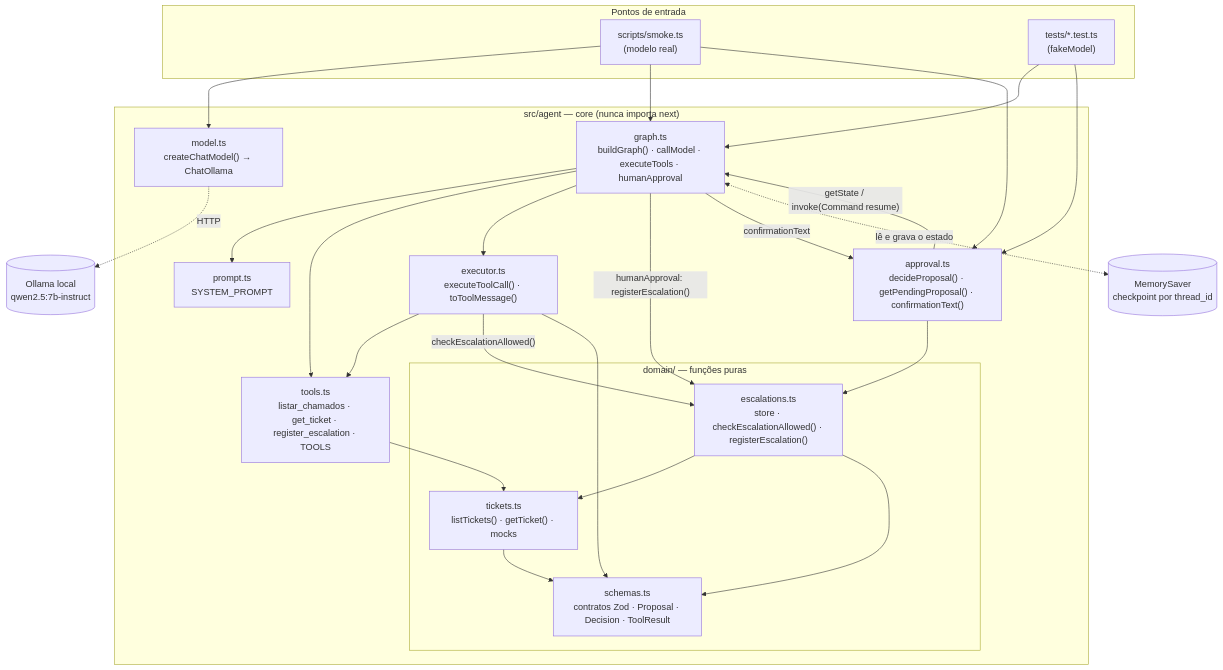
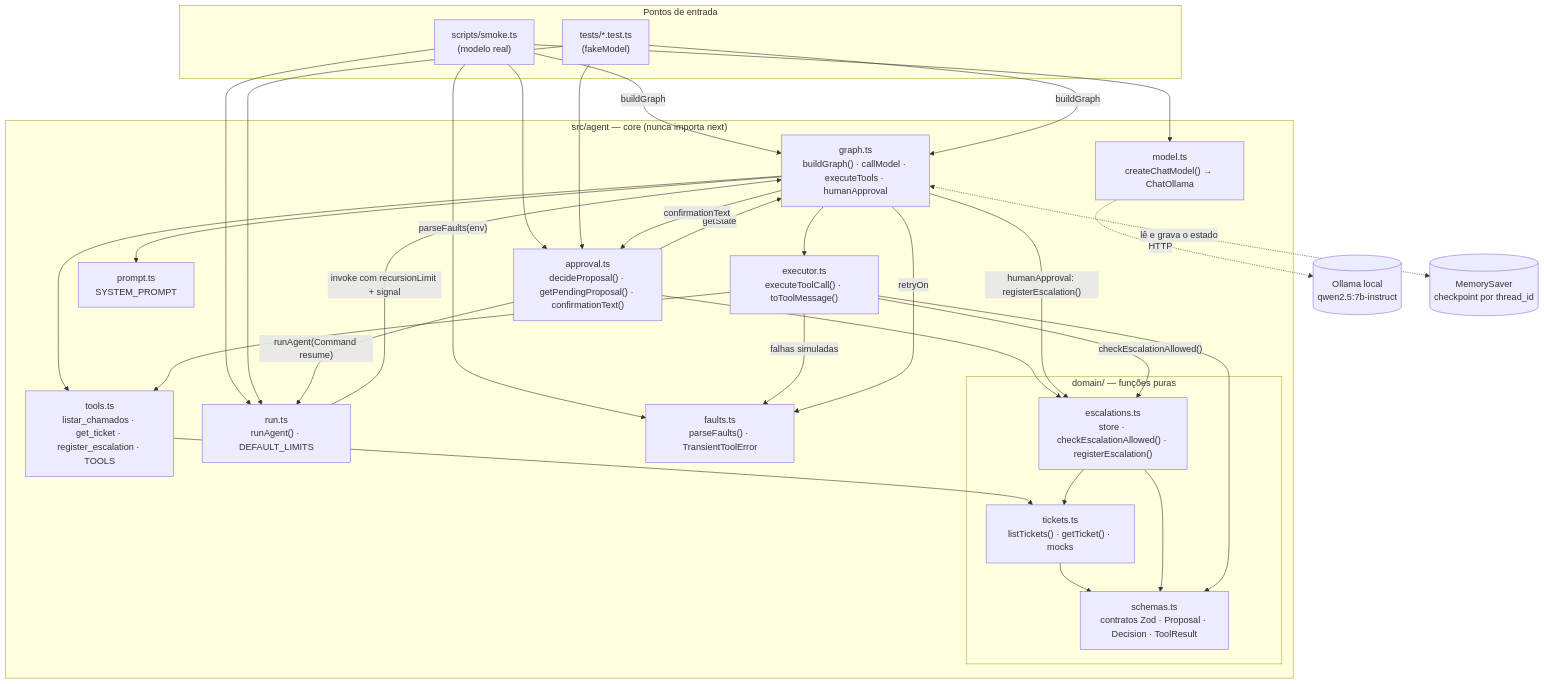
The first of 7 diagrams in docs/fluxo.md (gpmoura4/qwantyco-project), drawn with Mermaid before and after one commit. The commit also changed other lines of this file and 15 other files, not shown here.

````diff
--- a/docs/fluxo.md
+++ b/docs/fluxo.md
@@ -12,46 +12,55 @@
 ```mermaid
 flowchart TD
     subgraph Entrada["Pontos de entrada"]
         SMOKE["scripts/smoke.ts<br/>(modelo real)"]
         TEST["tests/*.test.ts<br/>(fakeModel)"]
     end
 
     subgraph Core["src/agent — core (nunca importa next)"]
         MODEL["model.ts<br/>createChatModel() → ChatOllama"]
+        RUN["run.ts<br/>runAgent() · DEFAULT_LIMITS"]
         APPROVAL["approval.ts<br/>decideProposal() · getPendingProposal() · confirmationText()"]
+        FAULTS["faults.ts<br/>parseFaults() · TransientToolError"]
         GRAPH["graph.ts<br/>buildGraph() · callModel · executeTools · humanApproval"]
         PROMPT["prompt.ts<br/>SYSTEM_PROMPT"]
         EXEC["executor.ts<br/>executeToolCall() · toToolMessage()"]
         TOOLS["tools.ts<br/>listar_chamados · get_ticket · register_escalation · TOOLS"]
         subgraph Domain["domain/ — funções puras"]
             TICKETS["tickets.ts<br/>listTickets() · getTicket() · mocks"]
             ESC["escalations.ts<br/>store · checkEscalationAllowed() · registerEscalation()"]
             SCHEMAS["schemas.ts<br/>contratos Zod · Proposal · Decision · ToolResult"]
         end
     end
 
     OLLAMA[("Ollama local<br/>qwen2.5:7b-instruct")]
     SAVER[("MemorySaver<br/>checkpoint por thread_id")]
 
     SMOKE --> MODEL
-    SMOKE --> GRAPH
+    SMOKE -->|buildGraph| GRAPH
+    SMOKE --> RUN
     SMOKE --> APPROVAL
-    TEST --> GRAPH
+    SMOKE -->|"parseFaults(env)"| FAULTS
+    TEST -->|buildGraph| GRAPH
+    TEST --> RUN
     TEST --> APPROVAL
     MODEL -.->|HTTP| OLLAMA
-    APPROVAL -->|"getState / invoke(Command resume)"| GRAPH
+    RUN -->|"invoke com recursionLimit + signal"| GRAPH
+    APPROVAL -->|getState| GRAPH
+    APPROVAL -->|"runAgent(Command resume)"| RUN
     APPROVAL --> ESC
     GRAPH --> PROMPT
     GRAPH --> TOOLS
     GRAPH --> EXEC
     GRAPH -->|"humanApproval: registerEscalation()"| ESC
     GRAPH -->|confirmationText| APPROVAL
     GRAPH <-.->|"lê e grava o estado"| SAVER
     EXEC --> TOOLS
+    EXEC -->|"falhas simuladas"| FAULTS
+    GRAPH -->|"retryOn"| FAULTS
     EXEC -->|"checkEscalationAllowed()"| ESC
     TOOLS --> TICKETS
     ESC --> TICKETS
     TICKETS --> SCHEMAS
     ESC --> SCHEMAS
     EXEC --> SCHEMAS
 ```
````
